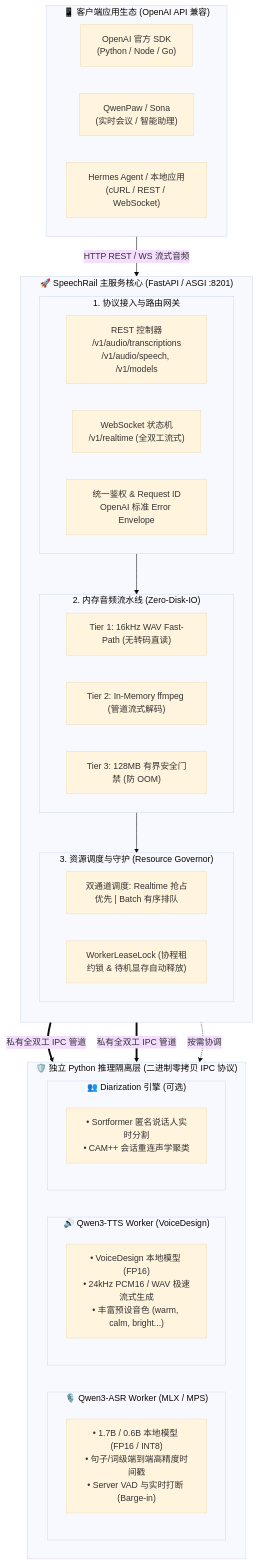
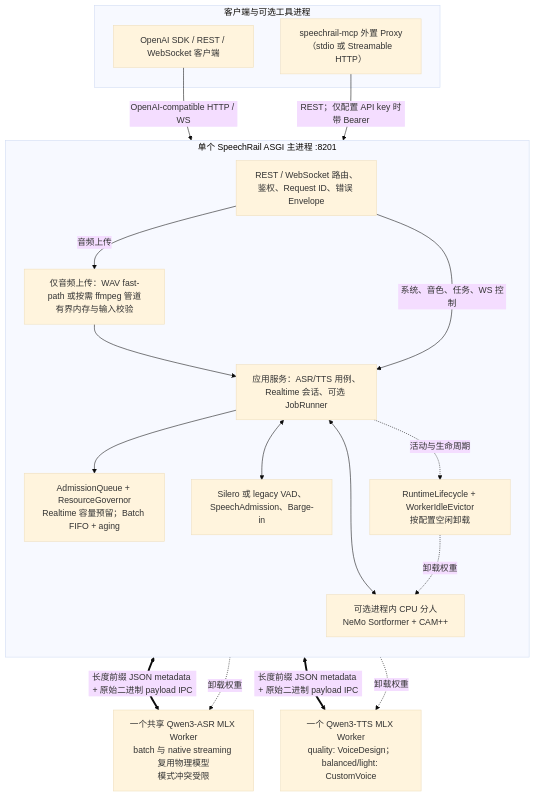
Before and after one commit to hrygo/SpeechRail: the first of 2 diagrams in docs/architecture/architecture.md, drawn with Mermaid (base theme). The commit also changed other lines of this file and 4 other files, not shown here.

Commit message:
docs: align architecture diagrams with runtime (#29)

````diff
--- a/docs/architecture/architecture.md
+++ b/docs/architecture/architecture.md
@@ -17,55 +15,36 @@
 ```mermaid
 flowchart TD
-    %% 客户端生态
-    subgraph Clients ["📱 客户端应用生态 (OpenAI API 兼容)"]
-        direction LR
-        C1["OpenAI 官方 SDK<br/>(Python / Node / Go)"]
-        C2["QwenPaw / Sona<br/>(实时会议 / 智能助理)"]
-        C3["Hermes Agent / 本地应用<br/>(cURL / REST / WebSocket)"]
+    subgraph Clients["客户端与可选工具进程"]
+        SDK["OpenAI SDK / REST / WebSocket 客户端"]
+        MCP["speechrail-mcp 外置 Proxy<br/>（stdio 或 Streamable HTTP）"]
     end
 
-    %% 主服务进程
-    subgraph Host ["🚀 SpeechRail 主服务核心 (FastAPI / ASGI :8201)"]
+    subgraph Host["单个 SpeechRail ASGI 主进程 :8201"]
         direction TB
-        subgraph Gateway ["1. 协议接入与路由网关"]
-            REST["REST 控制器<br/>/v1/audio/transcriptions<br/>/v1/audio/speech, /v1/models"]
-            WS["WebSocket 状态机<br/>/v1/realtime (全双工流式)"]
-            Sec["统一鉴权 & Request ID<br/>OpenAI 标准 Error Envelope"]
-        end
+        Ingress["REST / WebSocket 路由、鉴权、Request ID、错误 Envelope"]
+        Decode["仅音频上传：WAV fast-path 或按需 ffmpeg 管道<br/>有界内存与输入校验"]
+        App["应用服务：ASR/TTS 用例、Realtime 会话、可选 JobRunner"]
+        Admit["AdmissionQueue + ResourceGovernor<br/>Realtime 容量预留；Batch FIFO + aging"]
+        VAD["Silero 或 legacy VAD、SpeechAdmission、Barge-in"]
+        Diar["可选进程内 CPU 分人<br/>NeMo Sortformer + CAM++"]
+        Life["RuntimeLifecycle + WorkerIdleEvictor<br/>按配置空闲卸载"]
 
-        subgraph Pipeline ["2. 内存音频流水线 (Zero-Disk-IO)"]
-            WAV_Fast["Tier 1: 16kHz WAV Fast-Path (无转码直读)"]
-            FF_Stream["Tier 2: In-Memory ffmpeg (管道流式解码)"]
-            OOM_Guard["Tier 3: 128MB 有界安全门禁 (防 OOM)"]
-        end
-
-        subgraph Governor ["3. 资源调度与守护 (Resource Governor)"]
-            Priority["双通道调度: Realtime 抢占优先 | Batch 有序排队"]
-            Lease["WorkerLeaseLock (协程租约锁 & 待机显存自动释放)"]
-        end
-
-        Gateway --> Pipeline --> Governor
+        Ingress -->|音频上传| Decode --> App
+        Ingress -->|系统、音色、任务、WS 控制| App
+        App --> Admit
+        App <--> VAD
+        App <--> Diar
+        App -. 活动与生命周期 .-> Life
     end
 
-    %% 推理 Worker 隔离层
-    subgraph Workers ["🛡️ 独立 Python 推理隔离层 (二进制零拷贝 IPC 协议)"]
-        direction LR
-        subgraph ASR_Worker ["🎙️ Qwen3-ASR Worker (MLX / MPS)"]
-            ASR_Core["• 1.7B / 0.6B 本地模型 (FP16 / INT8)<br/>• 句子/词级端到端高精度时间戳<br/>• Server VAD 与实时打断 (Barge-in)"]
-        end
+    ASR["一个共享 Qwen3-ASR MLX Worker<br/>batch 与 native streaming 复用物理模型<br/>模式冲突受限"]
+    TTS["一个 Qwen3-TTS MLX Worker<br/>quality: VoiceDesign；balanced/light: CustomVoice"]
 
-        subgraph TTS_Worker ["🔊 Qwen3-TTS Worker (VoiceDesign)"]
-            TTS_Core["• VoiceDesign 本地模型 (FP16)<br/>• 24kHz PCM16 / WAV 极速流式生成<br/>• 丰富预设音色 (warm, calm, bright...)"]
-        end
-
-        subgraph Diar_Worker ["👥 Diarization 引擎 (可选)"]
-            Diar_Core["• Sortformer 匿名说话人实时分割<br/>• CAM++ 会话重连声学聚类"]
-        end
-    end
-
-    %% 交互流向
-    Clients -->|"HTTP REST / WS 流式音频"| Gateway
-    Governor ==>|"私有全双工 IPC 管道"| ASR_Worker
-    Governor ==>|"私有全双工 IPC 管道"| TTS_Worker
-    Governor -.->|"按需协调"| Diar_Worker
+    SDK -->|OpenAI-compatible HTTP / WS| Ingress
+    MCP -->|REST；仅配置 API key 时带 Bearer| Ingress
+    App <==>|"长度前缀 JSON metadata + 原始二进制 payload IPC"| ASR
+    App <==>|"长度前缀 JSON metadata + 原始二进制 payload IPC"| TTS
+    Life -. 卸载权重 .-> ASR
+    Life -. 卸载权重 .-> TTS
+    Life -. 卸载权重 .-> Diar
 ```
````
